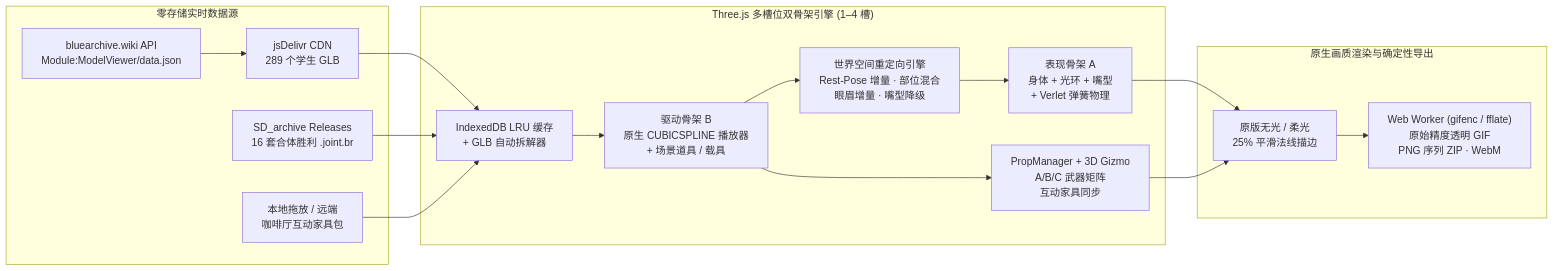
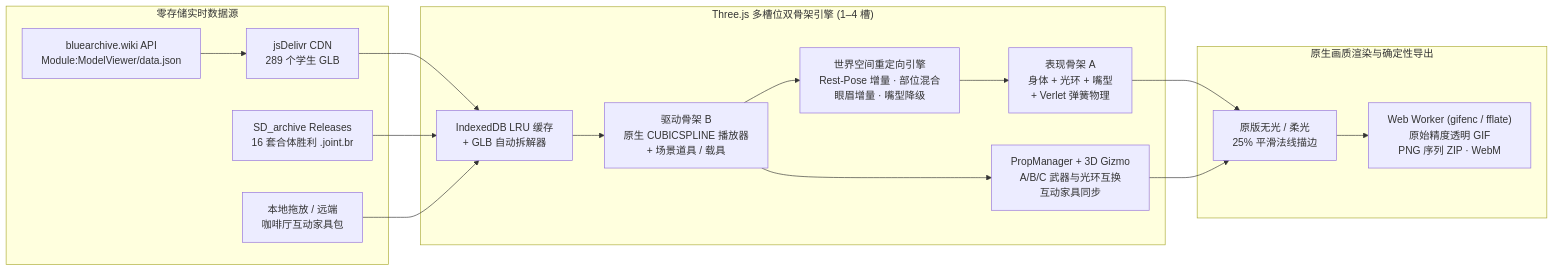
One commit to ryujou/kivotos-rig-studio changed the diagram in README.zh-CN.md. Above: the diagram before and after it, drawn with Mermaid. The commit also changed other lines of this file and 28 other files, not shown here.

````diff
--- a/README.zh-CN.md
+++ b/README.zh-CN.md
@@ -85,30 +85,30 @@
 ```mermaid
 flowchart LR
     subgraph Sources["零存储实时数据源"]
         WIKI["bluearchive.wiki API<br/>Module:ModelViewer/data.json"]
         CDN["jsDelivr CDN<br/>289 个学生 GLB"]
         JOINT["SD_archive Releases<br/>16 套合体胜利 .joint.br"]
         FURN["本地拖放 / 远端<br/>咖啡厅互动家具包"]
     end
 
     subgraph Engine["Three.js 多槽位双骨架引擎 (1–4 槽)"]
         CACHE["IndexedDB LRU 缓存<br/>+ GLB 自动拆解器"]
         DRIVER["驱动骨架 B<br/>原生 CUBICSPLINE 播放器<br/>+ 场景道具 / 载具"]
         SOLVER["世界空间重定向引擎<br/>Rest-Pose 增量 · 部位混合<br/>眼眉增量 · 嘴型降级"]
         ACTOR["表现骨架 A<br/>身体 + 光环 + 嘴型<br/>+ Verlet 弹簧物理"]
-        PROPS["PropManager + 3D Gizmo<br/>A/B/C 武器矩阵<br/>互动家具同步"]
+        PROPS["PropManager + 3D Gizmo<br/>A/B/C 武器与光环互换<br/>互动家具同步"]
     end
 
     subgraph Export["原生画质渲染与确定性导出"]
         LOOK["原版无光 / 柔光<br/>25% 平滑法线描边"]
         WORKER["Web Worker (gifenc / fflate)<br/>原始精度透明 GIF<br/>PNG 序列 ZIP · WebM"]
     end
 
     WIKI --> CDN --> CACHE
     JOINT --> CACHE
     FURN --> CACHE
     CACHE --> DRIVER --> SOLVER --> ACTOR
     DRIVER --> PROPS
     ACTOR --> LOOK --> WORKER
     PROPS --> LOOK
 ```
````
